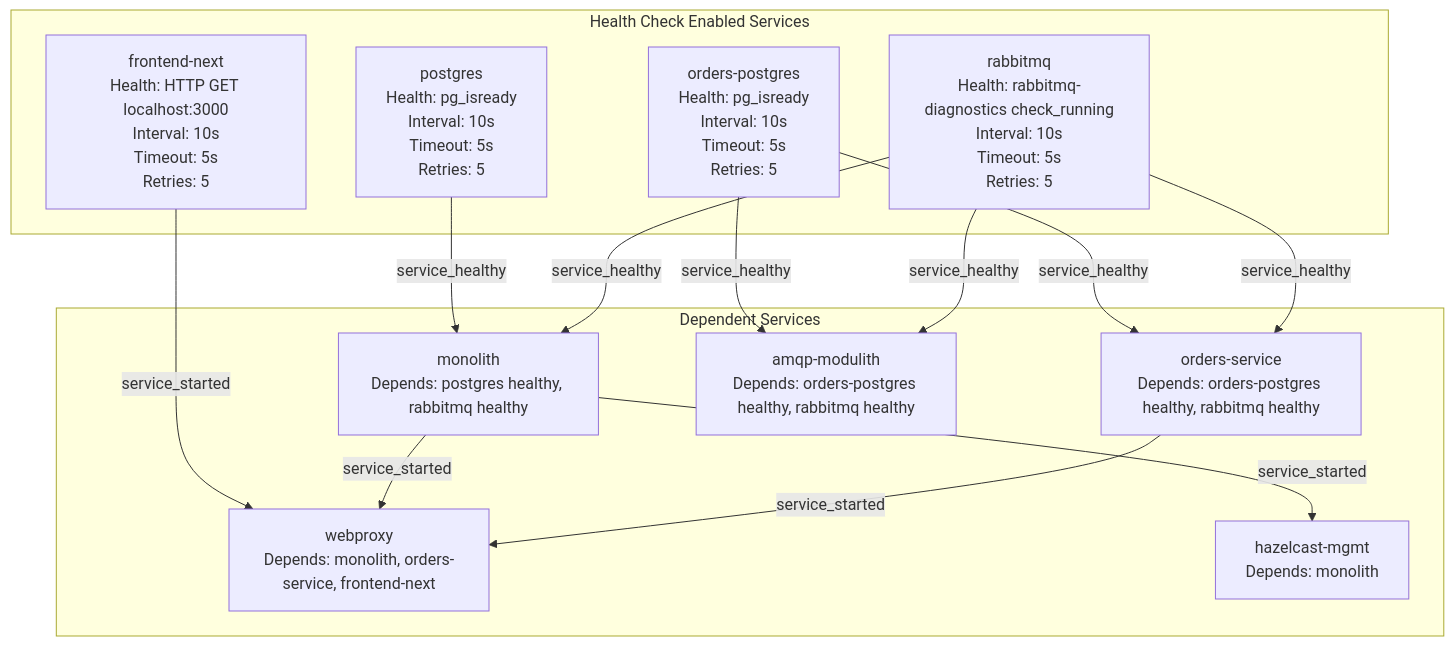
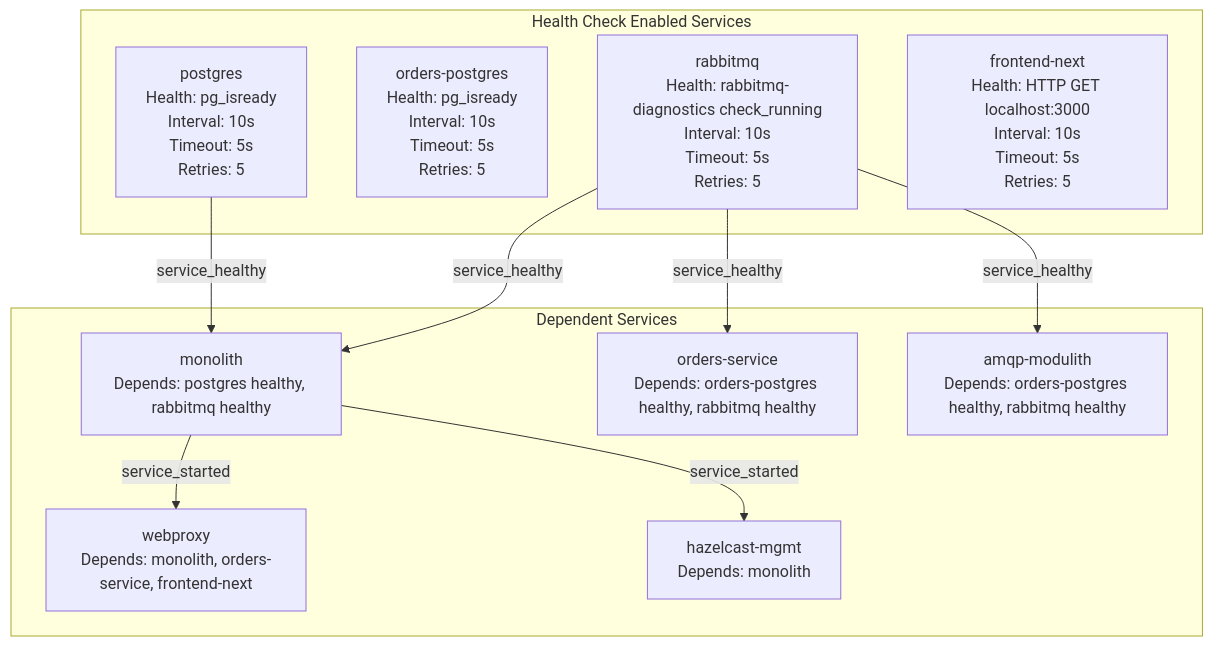
Before and after one commit to philipz/spring-modular-monolith: the fourth of 5 diagrams in docs/deepwiki/Docker-Compose-Deployment.md, drawn with Mermaid. The commit also changed other lines of this file and 32 other files, not shown here.

````diff
--- a/docs/deepwiki/Docker-Compose-Deployment.md
+++ b/docs/deepwiki/Docker-Compose-Deployment.md
@@ -357,39 +347,35 @@
 ```mermaid
 flowchart TD
 
 postgres["postgres<br>Health: pg_isready<br>Interval: 10s<br>Timeout: 5s<br>Retries: 5"]
 orders_postgres["orders-postgres<br>Health: pg_isready<br>Interval: 10s<br>Timeout: 5s<br>Retries: 5"]
 rabbitmq["rabbitmq<br>Health: rabbitmq-diagnostics check_running<br>Interval: 10s<br>Timeout: 5s<br>Retries: 5"]
 frontend_next["frontend-next<br>Health: HTTP GET localhost:3000<br>Interval: 10s<br>Timeout: 5s<br>Retries: 5"]
 monolith["monolith<br>Depends: postgres healthy, rabbitmq healthy"]
 orders_service["orders-service<br>Depends: orders-postgres healthy, rabbitmq healthy"]
 amqp_modulith["amqp-modulith<br>Depends: orders-postgres healthy, rabbitmq healthy"]
 webproxy["webproxy<br>Depends: monolith, orders-service, frontend-next"]
 hazelcast_mgmt["hazelcast-mgmt<br>Depends: monolith"]
 
 postgres -->|"service_healthy"| monolith
 rabbitmq -->|"service_healthy"| monolith
-orders_postgres -->|"service_healthy"| orders_service
 rabbitmq -->|"service_healthy"| orders_service
-orders_postgres -->|"service_healthy"| amqp_modulith
 rabbitmq -->|"service_healthy"| amqp_modulith
-frontend_next -->|"service_started"| webproxy
 
 subgraph subGraph1 ["Dependent Services"]
     monolith
     orders_service
     amqp_modulith
     webproxy
     hazelcast_mgmt
     monolith -->|"service_started"| webproxy
-    orders_service -->|"service_started"| webproxy
     monolith -->|"service_started"| hazelcast_mgmt
 end
 
 subgraph subGraph0 ["Health Check Enabled Services"]
     postgres
     orders_postgres
     rabbitmq
     frontend_next
 end
 ```
````
